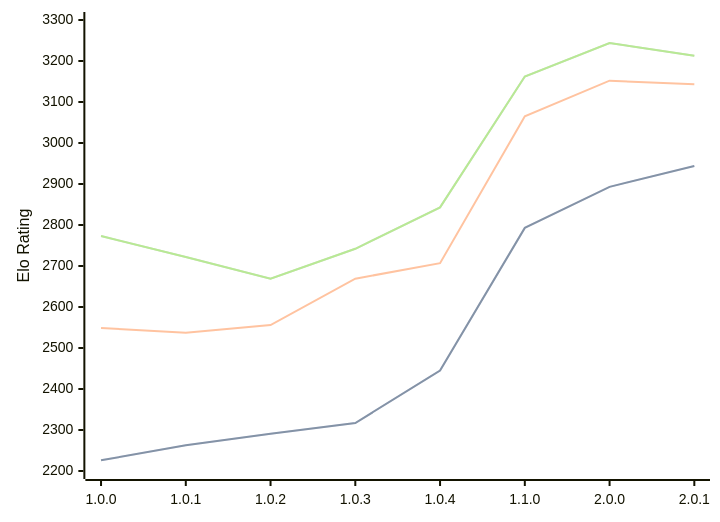
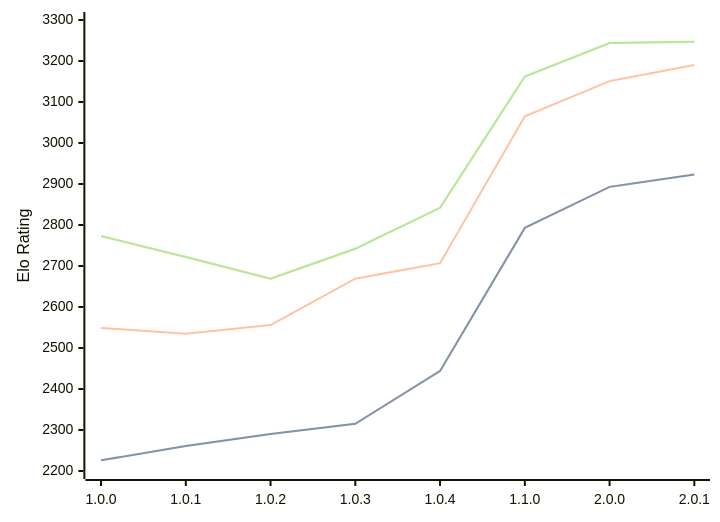
The diagram in engines/Grail.md (computer-chess-index/cci), drawn with Mermaid before and after one commit. The commit also changed other lines of this file, not shown here.

Commit message:
Update CCI Ratings (ELO VLTC) - 2026-06-12

````diff
--- a/engines/Grail.md
+++ b/engines/Grail.md
@@ -38,11 +38,11 @@
 ```mermaid
 %%{init: {"theme":"base","themeVariables":{"seriesColors:['#a3a3a3','#222221','#faa371']}}}%%
 xychart-beta
   x-axis ["1.0.0", "1.0.1", "1.0.2", "1.0.3", "1.0.4", "1.1.0", "2.0.0", "2.0.1"]
   y-axis "Elo Rating" 2200 --> 3300
-  line "STC (8.0+0.08s)" [2226, 2263, 2291, 2317, 2445, 2793, 2893, 2944]
-  line "STC (8.0+0.08s)" [2226, 2263, 2291, 2317, 2445, 2793, 2893, 2944]
-  line "LTC (60.0+0.60s)" [2549, 2537, 2556, 2669, 2707, 3065, 3152, 3143]
-  line "VLTC (2m24s+1.12s)" [2773, 2722, 2669, 2742, 2843, 3162, 3244, 3213]
-  line "VLTC (2m24s+1.12s)" [2773, 2722, 2669, 2742, 2843, 3162, 3244, 3213]
+  line "STC (8.0+0.08s)" [2226, 2261, 2290, 2315, 2444, 2793, 2893, 2923]
+  line "STC (8.0+0.08s)" [2226, 2261, 2290, 2315, 2444, 2793, 2893, 2923]
+  line "LTC (60.0+0.60s)" [2549, 2535, 2556, 2669, 2707, 3065, 3151, 3190]
+  line "VLTC (2m24s+1.12s)" [2773, 2722, 2669, 2742, 2842, 3162, 3244, 3247]
+  line "VLTC (2m24s+1.12s)" [2773, 2722, 2669, 2742, 2842, 3162, 3244, 3247]
 ```
````
